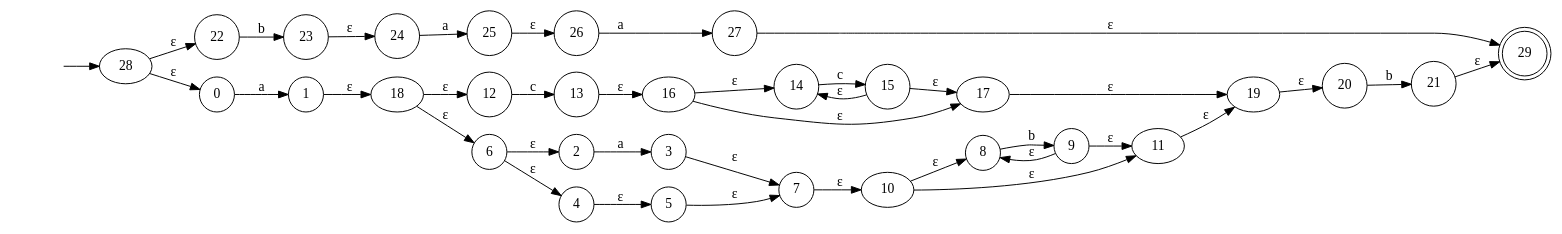
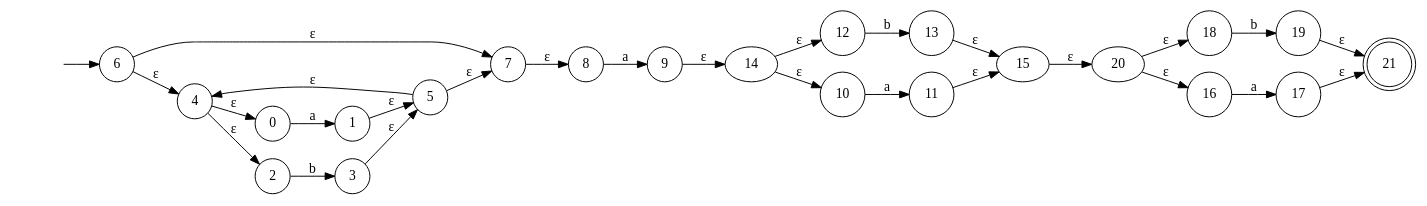
Before and after one commit to oscarparedez/compiler-project-1: the diagram in NFA.gv, drawn with Graphviz. The commit also changed 31 other files, not shown here.

```diff
--- a/NFA.gv
+++ b/NFA.gv
@@ -1,64 +1,50 @@
 digraph NFA {
 	graph [rankdir=LR]
 	"" [label="" shape=plaintext]
-	29 [label=29 shape=doublecircle]
-	25 [label=25 shape=circle]
-	27 [label=27 shape=circle]
+	21 [label=21 shape=doublecircle]
+	6 [label=6 shape=circle]
+	9 [label=9 shape=circle]
+	7 [label=7 shape=circle]
+	18 [label=18 shape=circle]
+	16 [label=16 shape=circle]
 	1 [label=1 shape=circle]
-	12 [label=12 shape=circle]
-	15 [label=15 shape=circle]
-	14 [label=14 shape=circle]
-	23 [label=23 shape=circle]
-	22 [label=22 shape=circle]
-	6 [label=6 shape=circle]
-	2 [label=2 shape=circle]
-	7 [label=7 shape=circle]
-	4 [label=4 shape=circle]
-	21 [label=21 shape=circle]
-	24 [label=24 shape=circle]
-	5 [label=5 shape=circle]
-	26 [label=26 shape=circle]
-	13 [label=13 shape=circle]
-	8 [label=8 shape=circle]
-	9 [label=9 shape=circle]
-	20 [label=20 shape=circle]
 	0 [label=0 shape=circle]
 	3 [label=3 shape=circle]
-	"" -> 28 [label=""]
-	28 -> 0 [label="ε"]
-	28 -> 22 [label="ε"]
-	21 -> 29 [label="ε"]
-	27 -> 29 [label="ε"]
-	19 -> 20 [label="ε"]
-	1 -> 18 [label="ε"]
+	13 [label=13 shape=circle]
+	19 [label=19 shape=circle]
+	12 [label=12 shape=circle]
+	11 [label=11 shape=circle]
+	10 [label=10 shape=circle]
+	2 [label=2 shape=circle]
+	17 [label=17 shape=circle]
+	5 [label=5 shape=circle]
+	8 [label=8 shape=circle]
+	4 [label=4 shape=circle]
+	"" -> 6 [label=""]
+	15 -> 20 [label="ε"]
+	9 -> 14 [label="ε"]
+	7 -> 8 [label="ε"]
+	6 -> 7 [label="ε"]
+	6 -> 4 [label="ε"]
+	5 -> 7 [label="ε"]
+	5 -> 4 [label="ε"]
+	4 -> 2 [label="ε"]
+	4 -> 0 [label="ε"]
+	1 -> 5 [label="ε"]
+	3 -> 5 [label="ε"]
 	0 -> 1 [label=a]
-	18 -> 6 [label="ε"]
-	18 -> 12 [label="ε"]
-	11 -> 19 [label="ε"]
-	17 -> 19 [label="ε"]
-	7 -> 10 [label="ε"]
-	6 -> 4 [label="ε"]
-	6 -> 2 [label="ε"]
-	3 -> 7 [label="ε"]
-	5 -> 7 [label="ε"]
-	2 -> 3 [label=a]
-	4 -> 5 [label="ε"]
-	10 -> 11 [label="ε"]
-	10 -> 8 [label="ε"]
-	9 -> 8 [label="ε"]
-	9 -> 11 [label="ε"]
-	8 -> 9 [label=b]
-	13 -> 16 [label="ε"]
-	12 -> 13 [label=c]
-	16 -> 14 [label="ε"]
-	16 -> 17 [label="ε"]
-	15 -> 14 [label="ε"]
-	15 -> 17 [label="ε"]
-	14 -> 15 [label=c]
-	20 -> 21 [label=b]
-	25 -> 26 [label="ε"]
-	23 -> 24 [label="ε"]
-	22 -> 23 [label=b]
-	24 -> 25 [label=a]
-	26 -> 27 [label=a]
+	2 -> 3 [label=b]
+	8 -> 9 [label=a]
+	14 -> 12 [label="ε"]
+	14 -> 10 [label="ε"]
+	11 -> 15 [label="ε"]
+	13 -> 15 [label="ε"]
+	10 -> 11 [label=a]
+	12 -> 13 [label=b]
+	20 -> 16 [label="ε"]
+	20 -> 18 [label="ε"]
+	17 -> 21 [label="ε"]
+	19 -> 21 [label="ε"]
+	16 -> 17 [label=a]
+	18 -> 19 [label=b]
 }
```
